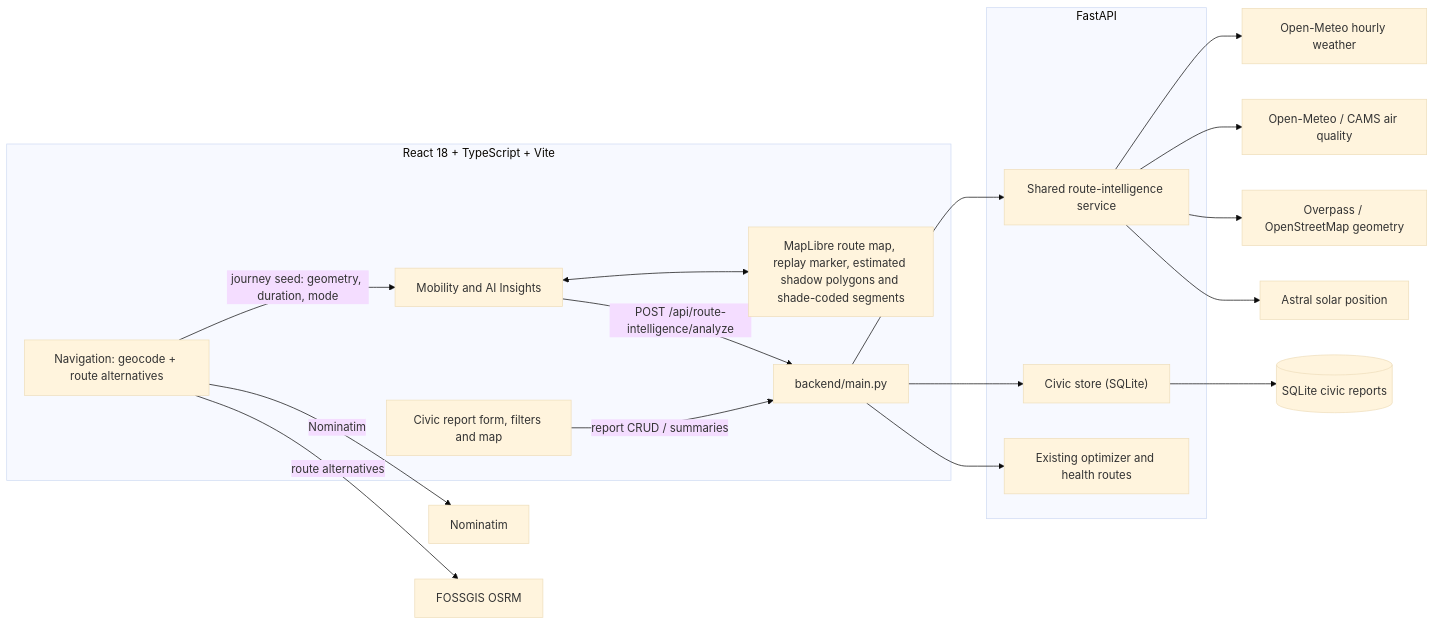
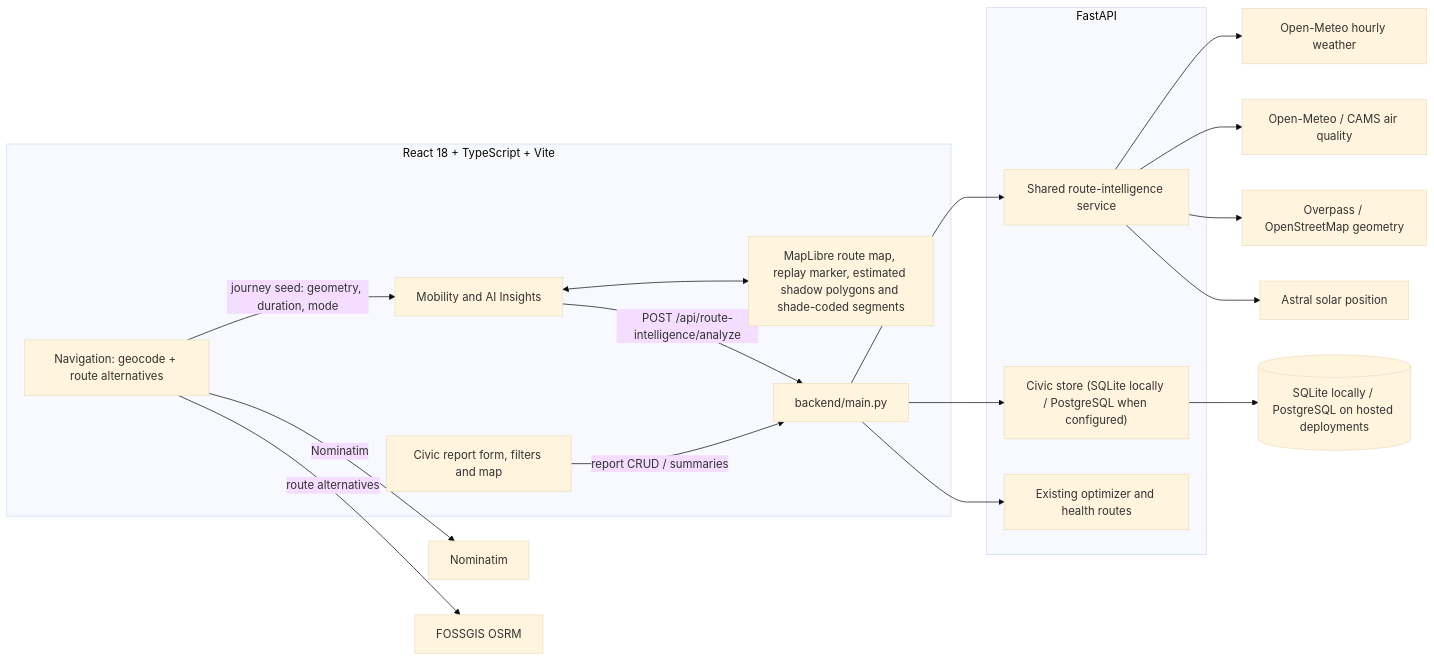
Before and after one commit to adhyagv/ThermoRoute_2.0: the diagram in docs/architecture.md, drawn with Mermaid (base theme). The commit also changed other lines of this file and 36 other files, not shown here.

````diff
--- a/docs/architecture.md
+++ b/docs/architecture.md
@@ -7,31 +7,31 @@
 ```mermaid
 flowchart LR
   subgraph Browser["React 18 + TypeScript + Vite"]
     NAV["Navigation: geocode + route alternatives"]
     MAP["MapLibre route map, replay marker, estimated shadow polygons and shade-coded segments"]
     UI["Mobility and AI Insights"]
     CIVICUI["Civic report form, filters and map"]
     NAV -->|"journey seed: geometry, duration, mode"| UI
     UI <--> MAP
     CIVICUI -->|"report CRUD / summaries"| API
   end
 
   subgraph Services["FastAPI"]
     API["backend/main.py"]
     RIDGE["Shared route-intelligence service"]
-    SQLITE["Civic store (SQLite)"]
+    STORE["Civic store (SQLite locally / PostgreSQL when configured)"]
     LEGACY["Existing optimizer and health routes"]
     API --> RIDGE
-    API --> SQLITE
+    API --> STORE
     API --> LEGACY
   end
 
   NAV -->|"Nominatim"| NOM["Nominatim"]
   NAV -->|"route alternatives"| OSRM["FOSSGIS OSRM"]
   UI -->|"POST /api/route-intelligence/analyze"| API
   RIDGE --> WX["Open-Meteo hourly weather"]
   RIDGE --> AQ["Open-Meteo / CAMS air quality"]
   RIDGE --> OSM["Overpass / OpenStreetMap geometry"]
   RIDGE --> SUN["Astral solar position"]
-  SQLITE --> DB[("SQLite civic reports")]
+  STORE --> DB[("SQLite locally / PostgreSQL on hosted deployments")]
 ```
````
